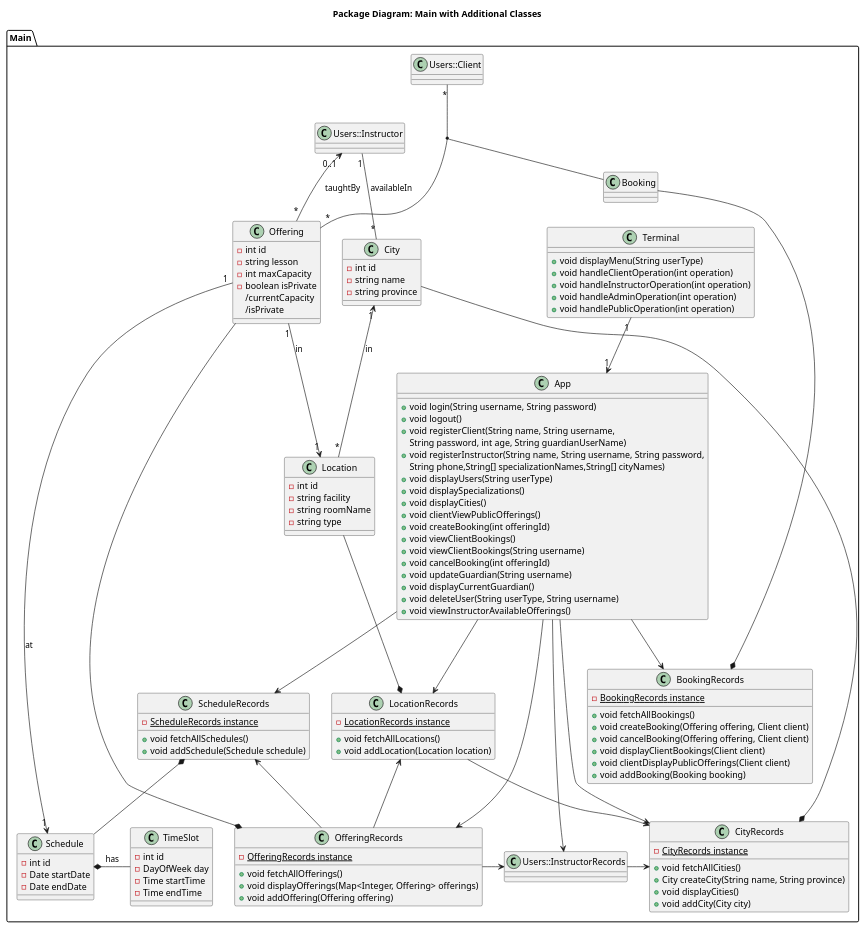
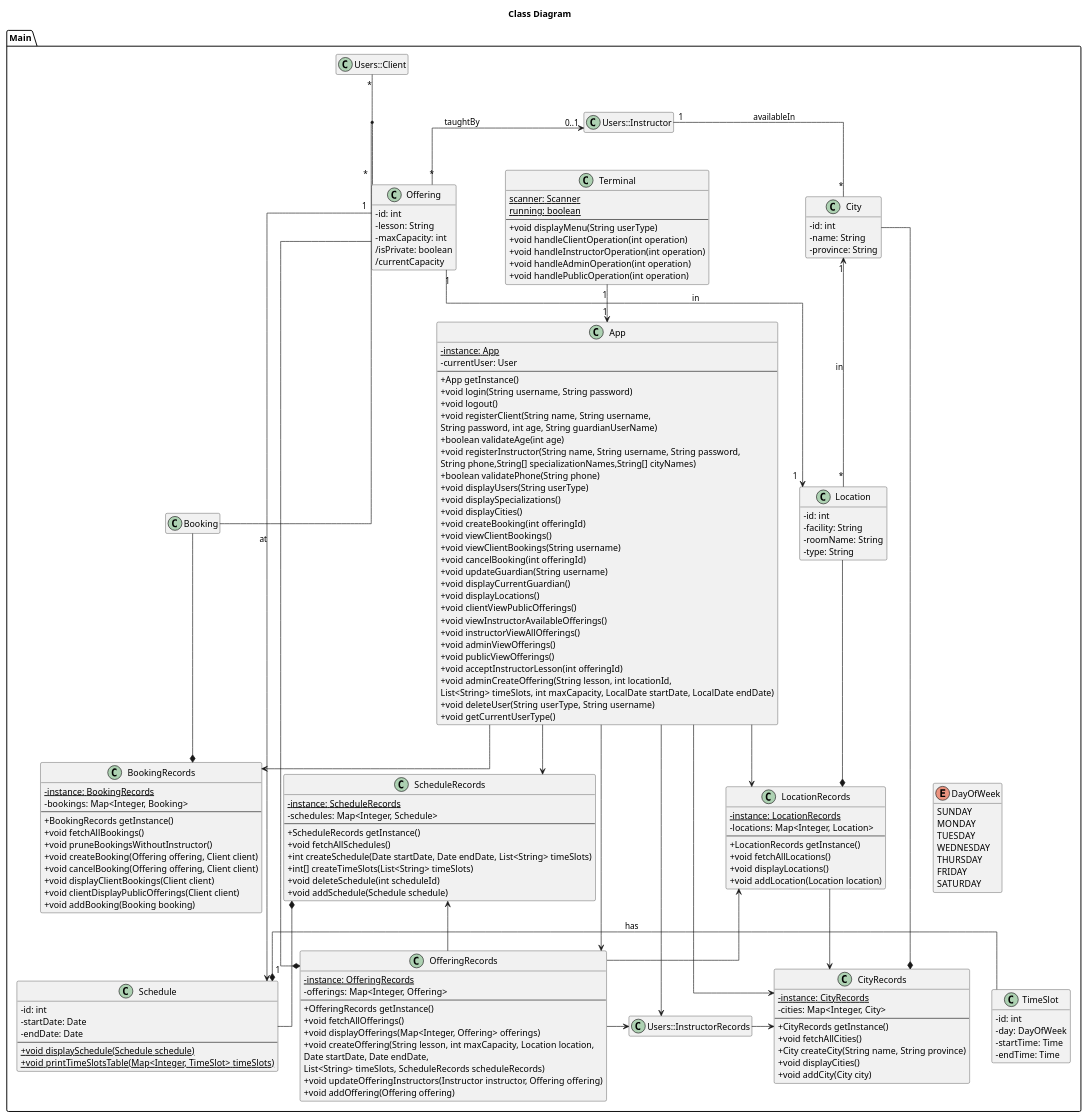
Before and after one commit to NathanGrenier/SOEN-342-Project: the diagram in diagrams/src/class-diagram.pu, drawn with PlantUML. The commit also changed 30 other files, not shown here.

Commit message:
3: created 5 minute video. Reviewed class diagram. Exported all diagrams

```diff
--- a/diagrams/src/class-diagram.pu
+++ b/diagrams/src/class-diagram.pu
@@ -1,32 +1,53 @@
-@startuml
-title Package Diagram: Main with Additional Classes
+@startuml Class Diagram
+title Class Diagram
+skinparam classAttributeIconSize 0
+hide empty members
+skinparam linetype ortho
 
 package Main {
     class InstructorRecords as "Users::InstructorRecords"  {}
     class Client as "Users::Client" {}
     class Instructor as "Users::Instructor" {}
+    
     class App {
+        -{static} instance: App
+        -currentUser: User
+        --
+        +App getInstance()
         +void login(String username, String password)
         +void logout()
         +void registerClient(String name, String username, 
         String password, int age, String guardianUserName)
+        +boolean validateAge(int age)
         +void registerInstructor(String name, String username, String password, 
         String phone,String[] specializationNames,String[] cityNames)
+        +boolean validatePhone(String phone)
         +void displayUsers(String userType)
         +void displaySpecializations()
         +void displayCities()
-        +void clientViewPublicOfferings()
         +void createBooking(int offeringId)
         +void viewClientBookings()
         +void viewClientBookings(String username)
         +void cancelBooking(int offeringId)
         +void updateGuardian(String username)
         +void displayCurrentGuardian()
+        +void displayLocations()
+        +void clientViewPublicOfferings()
+        +void viewInstructorAvailableOfferings()
+        +void instructorViewAllOfferings()
+        +void adminViewOfferings()
+        +void publicViewOfferings()
+        +void acceptInstructorLesson(int offeringId)
+        +void adminCreateOffering(String lesson, int locationId, 
+        List<String> timeSlots, int maxCapacity, LocalDate startDate, LocalDate endDate)
         +void deleteUser(String userType, String username)
-        +void viewInstructorAvailableOfferings()
+        +void getCurrentUserType()
     }
 
     class Terminal {
+        {static} scanner: Scanner
+        {static} running: boolean
+        --
         +void displayMenu(String userType)
         +void handleClientOperation(int operation)
         +void handleInstructorOperation(int operation)
@@ -34,12 +55,15 @@
         +void handlePublicOperation(int operation)
     }
 
-    class Booking {
-    }
+    class Booking {}
 
     class BookingRecords {
-        -{static} BookingRecords instance
+        -{static} instance: BookingRecords
+        -bookings: Map<Integer, Booking>
+        --
+        +BookingRecords getInstance()
         +void fetchAllBookings()
+        +void pruneBookingsWithoutInstructor()
         +void createBooking(Offering offering, Client client)
         +void cancelBooking(Offering offering, Client client)
         +void displayClientBookings(Client client)
@@ -48,13 +72,16 @@
     }
 
     class City {
-        -int id
-        -string name
-        -string province
+        -id: int 
+        -name: String 
+        -province: String 
     }
 
     class CityRecords {
-        -{static} CityRecords instance
+        -{static} instance: CityRecords
+        -cities: Map<Integer, City>
+        --
+        +CityRecords getInstance()
         +void fetchAllCities()
         +City createCity(String name, String province)
         +void displayCities()
@@ -62,51 +89,80 @@
     }
 
     class Location {
-        -int id
-        -string facility
-        -string roomName
-        -string type
+        -id: int 
+        -facility: String 
+        -roomName: String 
+        -type: String
     }
 
     class LocationRecords {
-        -{static} LocationRecords instance
+        -{static} instance: LocationRecords
+        -locations: Map<Integer, Location>
+        --
+        +LocationRecords getInstance()
         +void fetchAllLocations()
+        +void displayLocations()
         +void addLocation(Location location)
     }
 
     class Offering {
-        -int id
-        -string lesson
-        -int maxCapacity
-        -boolean isPrivate
+        -id: int
+        -lesson: String 
+        -maxCapacity: int 
+        /isPrivate: boolean 
         /currentCapacity
-        /isPrivate
     }
 
     class OfferingRecords {
-        -{static} OfferingRecords instance
+        -{static} instance: OfferingRecords
+        -offerings: Map<Integer, Offering>
+        --
+        +OfferingRecords getInstance()
         +void fetchAllOfferings()
         +void displayOfferings(Map<Integer, Offering> offerings)
+        +void createOffering(String lesson, int maxCapacity, Location location, 
+        Date startDate, Date endDate,
+            List<String> timeSlots, ScheduleRecords scheduleRecords)
+        + void updateOfferingInstructors(Instructor instructor, Offering offering)
         +void addOffering(Offering offering)
     }
 
     class Schedule {
-        -int id
-        -Date startDate
-        -Date endDate
+        -id: int 
+        -startDate: Date 
+        -endDate: Date 
+        --
+        +{static} void displaySchedule(Schedule schedule)
+        +{static} void printTimeSlotsTable(Map<Integer, TimeSlot> timeSlots)
     }
 
     class ScheduleRecords {
-        -{static} ScheduleRecords instance
+        -{static} instance: ScheduleRecords
+        -schedules: Map<Integer, Schedule>
+        --
+        +ScheduleRecords getInstance()
         +void fetchAllSchedules()
+        +int createSchedule(Date startDate, Date endDate, List<String> timeSlots)
+        +int[] createTimeSlots(List<String> timeSlots)
+        +void deleteSchedule(int scheduleId)
         +void addSchedule(Schedule schedule)
     }
 
     class TimeSlot {
-        -int id
-        -DayOfWeek day
-        -Time startTime
-        -Time endTime
+        -id: int 
+        -day: DayOfWeek
+        -startTime: Time 
+        -endTime: Time 
+    }
+
+    enum DayOfWeek {
+        SUNDAY
+        MONDAY
+        TUESDAY
+        WEDNESDAY
+        THURSDAY
+        FRIDAY
+        SATURDAY 
     }
 
     App "1" <-up- "1" Terminal
@@ -145,6 +201,11 @@
 
     (Client, Offering) -- Booking
     Booking --* BookingRecords
+
+    ' Position DayOfWeek enum
+    DayOfWeek - Empty
+    Empty -- TimeSlot
+    hide Empty
 }
 
 @enduml
```
